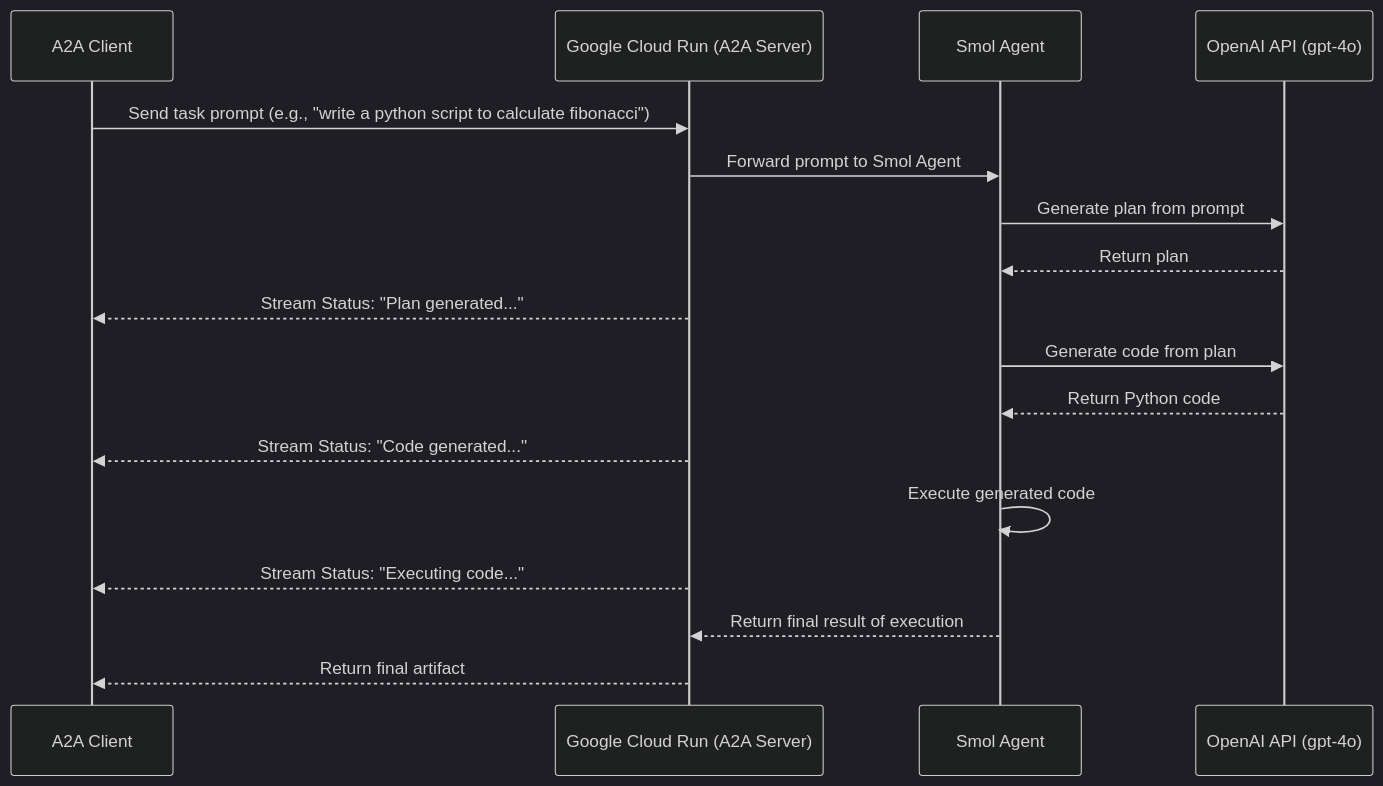
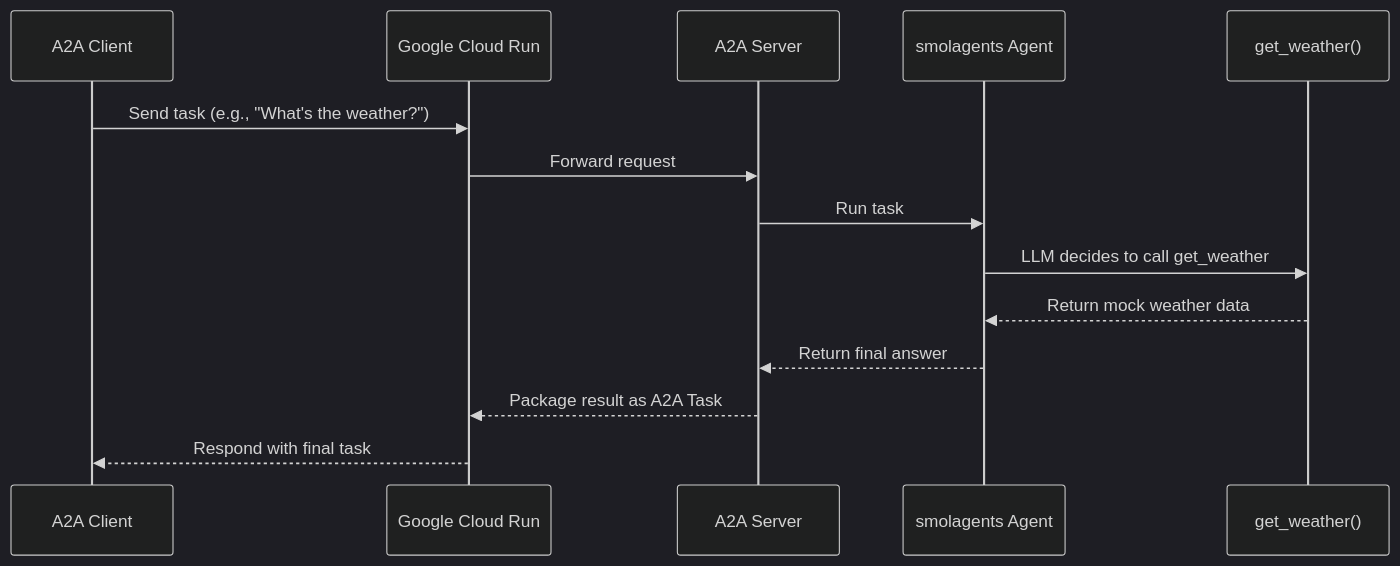
One commit to vedansh-5/agent-lab-ui changed the diagram in docs/cloudrun-a2a/README.md. Above: the diagram before and after it, drawn with Mermaid (dark theme). The commit also changed other lines of this file and 8 other files, not shown here.

````diff
--- a/docs/cloudrun-a2a/README.md
+++ b/docs/cloudrun-a2a/README.md
@@ -11,24 +11,17 @@
 ```mermaid  
 sequenceDiagram  
 participant Client as A2A Client  
-participant GCR as Google Cloud Run (A2A Server)  
-participant Agent as Smol Agent  
-participant LLM as OpenAI API (gpt-4o)
+participant GCR as Google Cloud Run  
+participant Server as A2A Server  
+participant Agent as smolagents Agent  
+participant Tool as get_weather()
 
-    Client->>GCR: Send task prompt (e.g., "write a python script to calculate fibonacci")  
-    GCR->>Agent: Forward prompt to Smol Agent  
-      
-    Agent->>LLM: Generate plan from prompt  
-    LLM-->>Agent: Return plan  
-    GCR-->>Client: Stream Status: "Plan generated..."  
-  
-    Agent->>LLM: Generate code from plan  
-    LLM-->>Agent: Return Python code  
-    GCR-->>Client: Stream Status: "Code generated..."  
-  
-    Agent->>Agent: Execute generated code  
-    GCR-->>Client: Stream Status: "Executing code..."  
-  
-    Agent-->>GCR: Return final result of execution  
-    GCR-->>Client: Return final artifact  
+    Client->>GCR: Send task (e.g., "What's the weather?")  
+    GCR->>Server: Forward request  
+    Server->>Agent: Run task  
+    Agent->>Tool: LLM decides to call get_weather  
+    Tool-->>Agent: Return mock weather data  
+    Agent-->>Server: Return final answer  
+    Server-->>GCR: Package result as A2A Task  
+    GCR-->>Client: Respond with final task  
 ```
````
